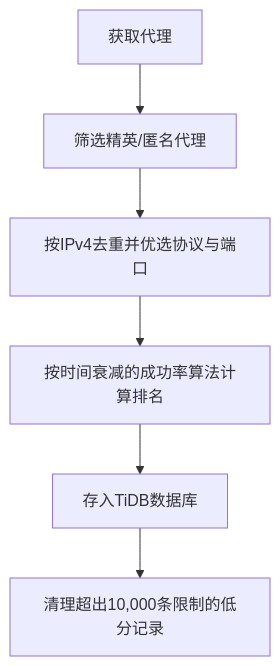
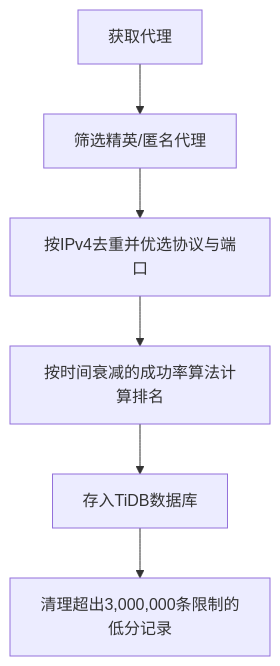
One commit to webc-site/npm changed the diagram in proxy_fetch/readme/zh/README.md. Above: the diagram before and after it, drawn with Mermaid. The commit also changed other lines of this file and 2 other files, not shown here.

````diff
--- a/proxy_fetch/readme/zh/README.md
+++ b/proxy_fetch/readme/zh/README.md
@@ -34,8 +34,8 @@
 ```mermaid
 graph TD
     A[获取代理] --> B[筛选精英/匿名代理]
     B --> C[按IPv4去重并优选协议与端口]
     C --> D[按时间衰减的成功率算法计算排名]
     D --> E[存入TiDB数据库]
-    E --> F[清理超出10,000条限制的低分记录]
+    E --> F[清理超出3,000,000条限制的低分记录]
 ```
````
